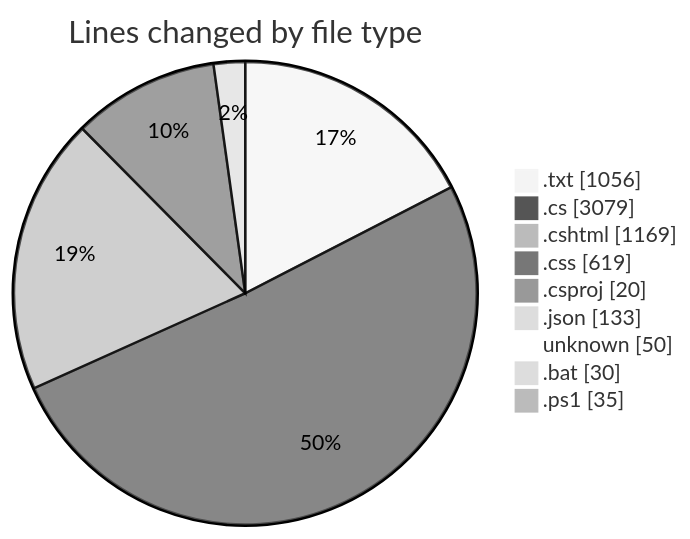
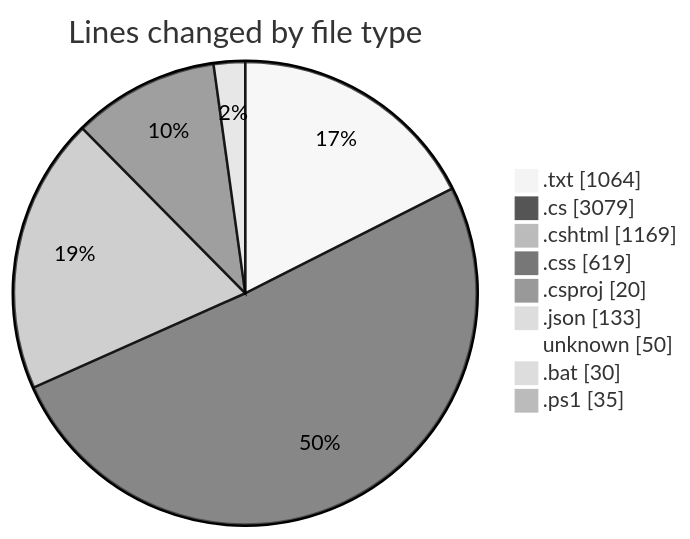
Before and after one commit to lephambinh05/code-tracking: the first of 2 diagrams in 2025-07-26/quanlyrapchieuphim-1/README.md, drawn with Mermaid (neutral theme). The commit also changed other lines of this file and 1 other file, not shown here.

````diff
--- a/2025-07-26/quanlyrapchieuphim-1/README.md
+++ b/2025-07-26/quanlyrapchieuphim-1/README.md
@@ -37,13 +37,13 @@
 ```mermaid
 pie showData
 title Lines changed by file type
-".txt" : 1056
+".txt" : 1064
 ".cs" : 3079
 ".cshtml" : 1169
 ".css" : 619
 ".csproj" : 20
 ".json" : 133
 "unknown" : 50
 ".bat" : 30
 ".ps1" : 35
 ```
````
